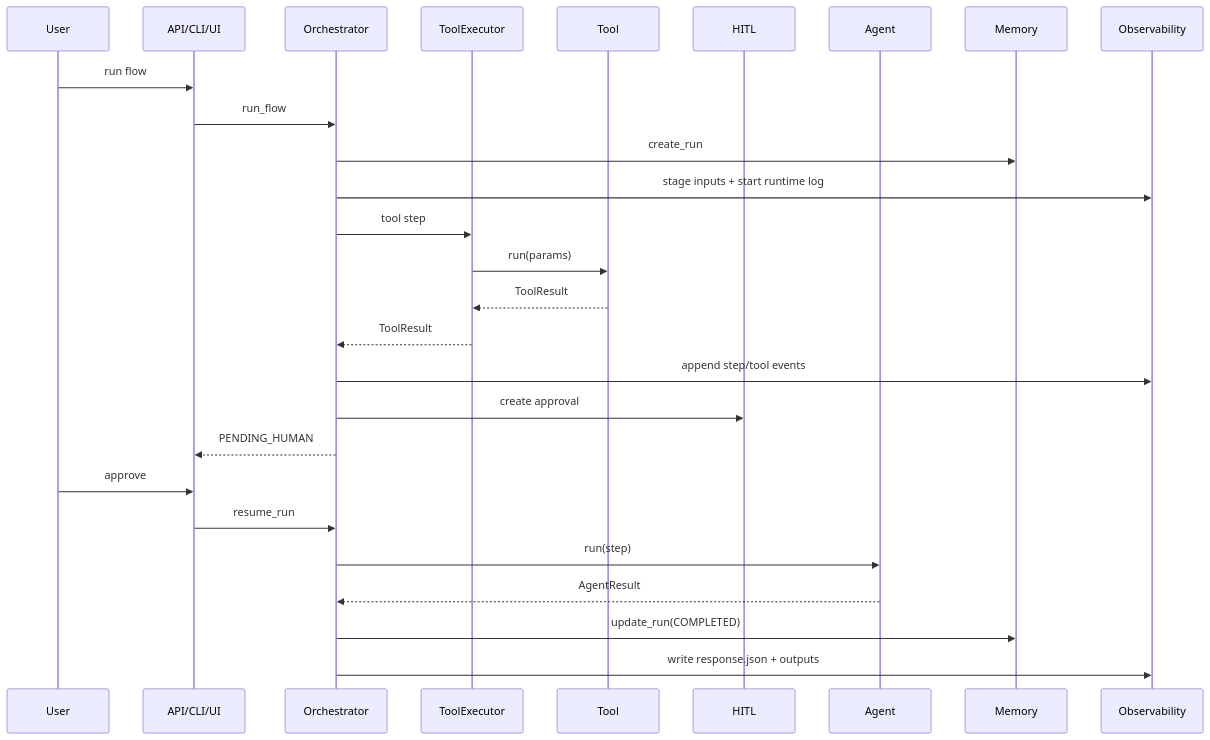
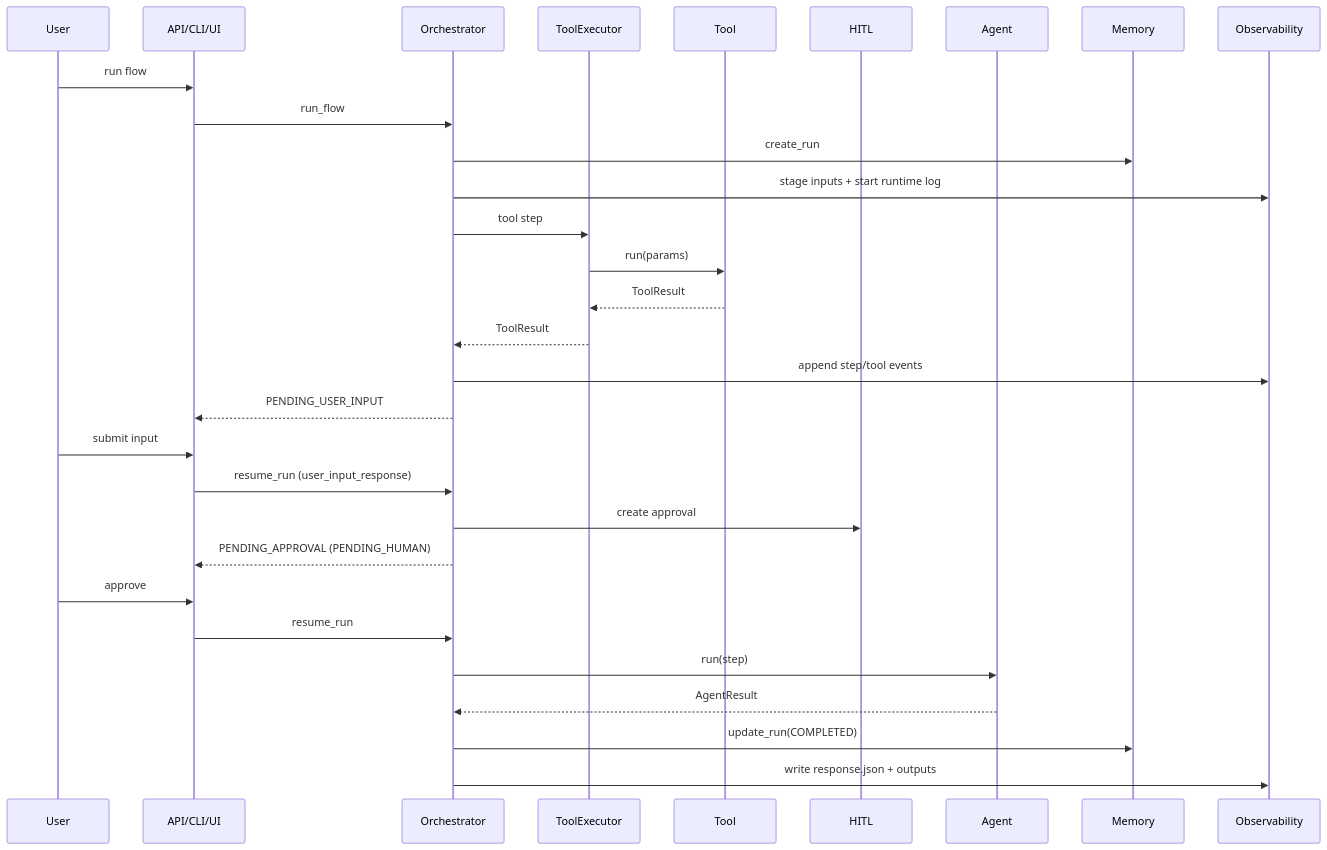
One commit to chethanp11/master changed the second of 5 diagrams in docs/overview.md. Above: the diagram before and after it, drawn with Mermaid. The commit also changed other lines of this file and 6 other files, not shown here.

````diff
--- a/docs/overview.md
+++ b/docs/overview.md
@@ -69,30 +69,33 @@
 ```mermaid
 sequenceDiagram
   participant User
   participant Gateway as API/CLI/UI
   participant Orchestrator
   participant ToolExec as ToolExecutor
   participant Tool
   participant HITL
   participant Agent
   participant Memory
   participant Observability
 
   User->>Gateway: run flow
   Gateway->>Orchestrator: run_flow
   Orchestrator->>Memory: create_run
   Orchestrator->>Observability: stage inputs + start runtime log
   Orchestrator->>ToolExec: tool step
   ToolExec->>Tool: run(params)
   Tool-->>ToolExec: ToolResult
   ToolExec-->>Orchestrator: ToolResult
   Orchestrator->>Observability: append step/tool events
+  Orchestrator-->>Gateway: PENDING_USER_INPUT
+  User->>Gateway: submit input
+  Gateway->>Orchestrator: resume_run (user_input_response)
   Orchestrator->>HITL: create approval
-  Orchestrator-->>Gateway: PENDING_HUMAN
+  Orchestrator-->>Gateway: PENDING_APPROVAL (PENDING_HUMAN)
   User->>Gateway: approve
   Gateway->>Orchestrator: resume_run
   Orchestrator->>Agent: run(step)
   Agent-->>Orchestrator: AgentResult
   Orchestrator->>Memory: update_run(COMPLETED)
   Orchestrator->>Observability: write response.json + outputs
 ```
````
